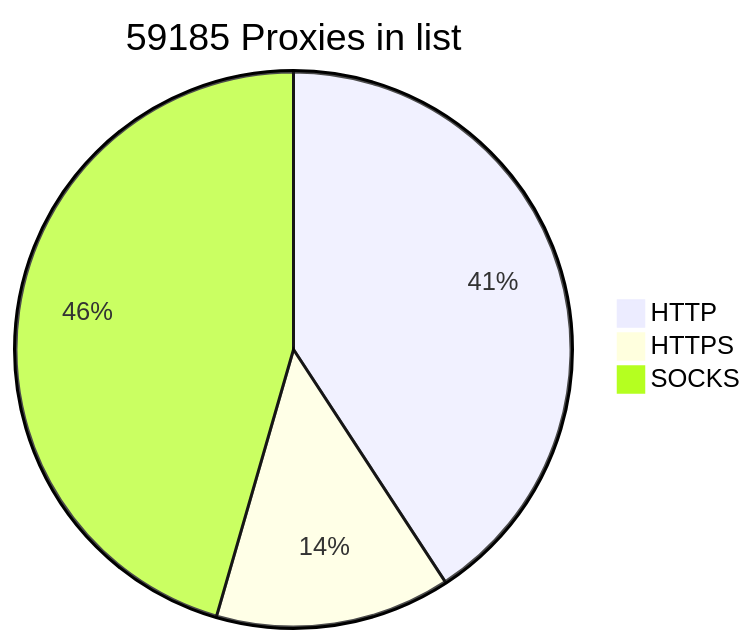
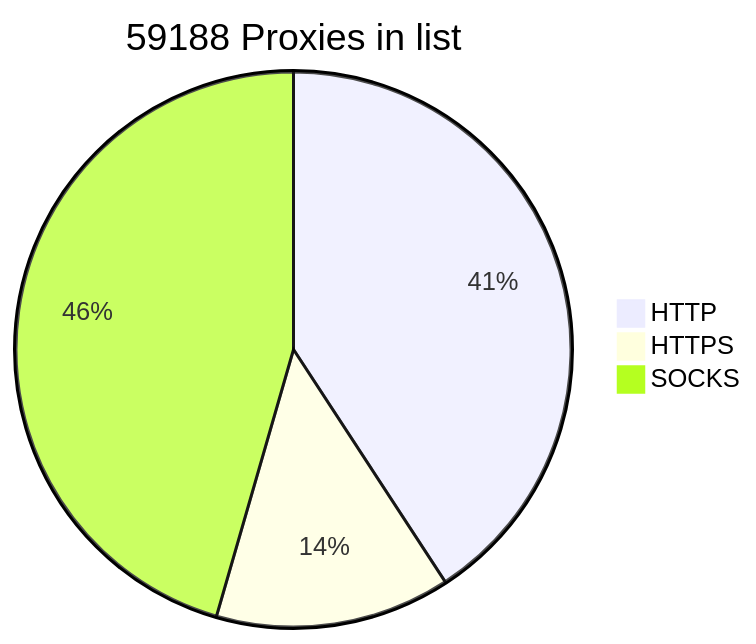
Before and after one commit to BlackSnowDot/proxylist-update-every-minute: the diagram in README.md, drawn with Mermaid.

````diff
--- a/README.md
+++ b/README.md
@@ -2,6 +2,6 @@
 ```mermaid
-pie title 59185 Proxies in list
-    "HTTP" : 27202
-    "HTTPS": 9125
+pie title 59188 Proxies in list
+    "HTTP" : 27205
+    "HTTPS": 9126
     "SOCKS" : 30361
 ```
````
